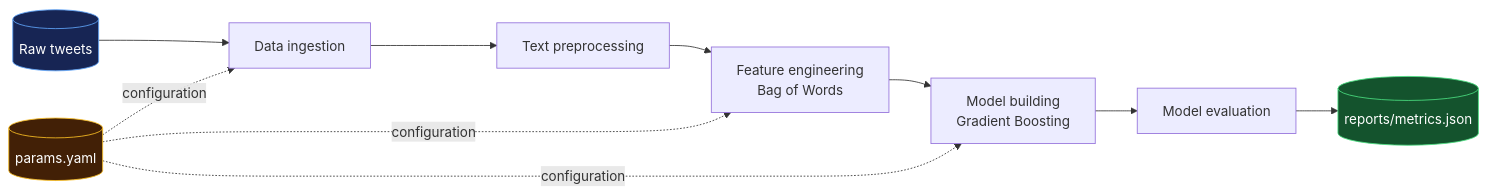
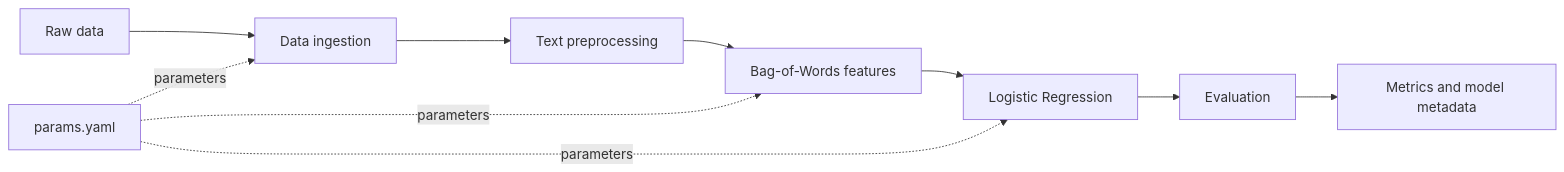
One commit to Div7anshKushwaha/Emotion-Detection-MLOps changed the diagram in README.md. Above: the diagram before and after it, drawn with Mermaid. The commit also changed other lines of this file, not shown here.

````diff
--- a/README.md
+++ b/README.md
@@ -43,17 +29,13 @@
 ```mermaid
 flowchart LR
-    A[(Raw tweets)] --> B[Data ingestion]
+    A[Raw data] --> B[Data ingestion]
     B --> C[Text preprocessing]
-    C --> D[Feature engineering\nBag of Words]
-    D --> E[Model building\nGradient Boosting]
-    E --> F[Model evaluation]
-    F --> G[(reports/metrics.json)]
+    C --> D[Bag-of-Words features]
+    D --> E[Logistic Regression]
+    E --> F[Evaluation]
+    F --> G[Metrics and model metadata]
 
-    P[(params.yaml)] -. configuration .-> B
-    P -. configuration .-> D
-    P -. configuration .-> E
-
-    style A fill:#172554,stroke:#60a5fa,color:#fff
-    style G fill:#14532d,stroke:#4ade80,color:#fff
-    style P fill:#422006,stroke:#fbbf24,color:#fff
+    P[params.yaml] -. parameters .-> B
+    P -. parameters .-> D
+    P -. parameters .-> E
 ```
````
